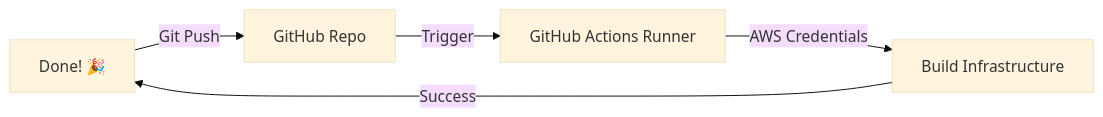
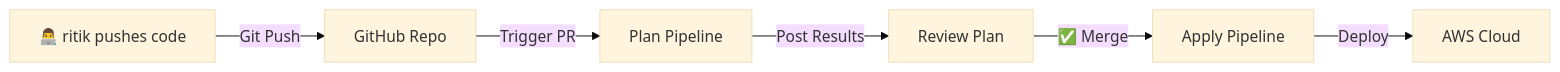
Before and after one commit to Ritik12062002/Terraform_RoadMap: the diagram in terraform_roadmap/labs/day16-cicd/README.md, drawn with Mermaid (base theme). The commit also changed other lines of this file and 17 other files, not shown here.

Commit message:
Terraform Roadmap

````diff
--- a/terraform_roadmap/labs/day16-cicd/README.md
+++ b/terraform_roadmap/labs/day16-cicd/README.md
@@ -32,7 +52,8 @@
 ```mermaid
 graph LR
     ritik[👨‍💻 ritik pushes code] -- Git Push --> GH[GitHub Repo]
-    GH -- Trigger --> GHA[GitHub Actions Runner]
-    GHA -- AWS Credentials --> AWS[Build Infrastructure]
-    AWS -- Success --> ritik[Done! 🎉]
+    GH -- Trigger PR --> GHP[Plan Pipeline]
+    GHP -- Post Results --> PR[Review Plan]
+    PR -- ✅ Merge --> GHA[Apply Pipeline]
+    GHA -- Deploy --> AWS[AWS Cloud]
 ```
````
